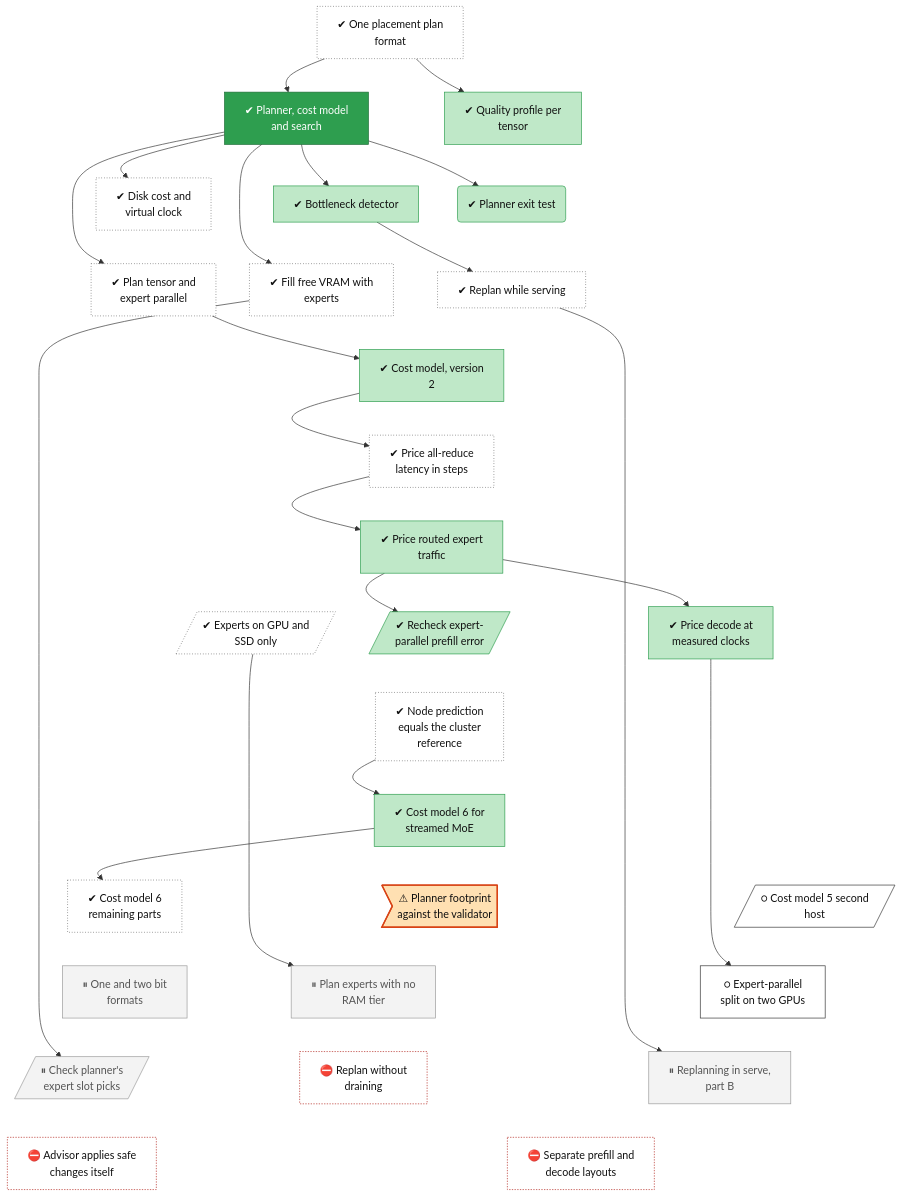
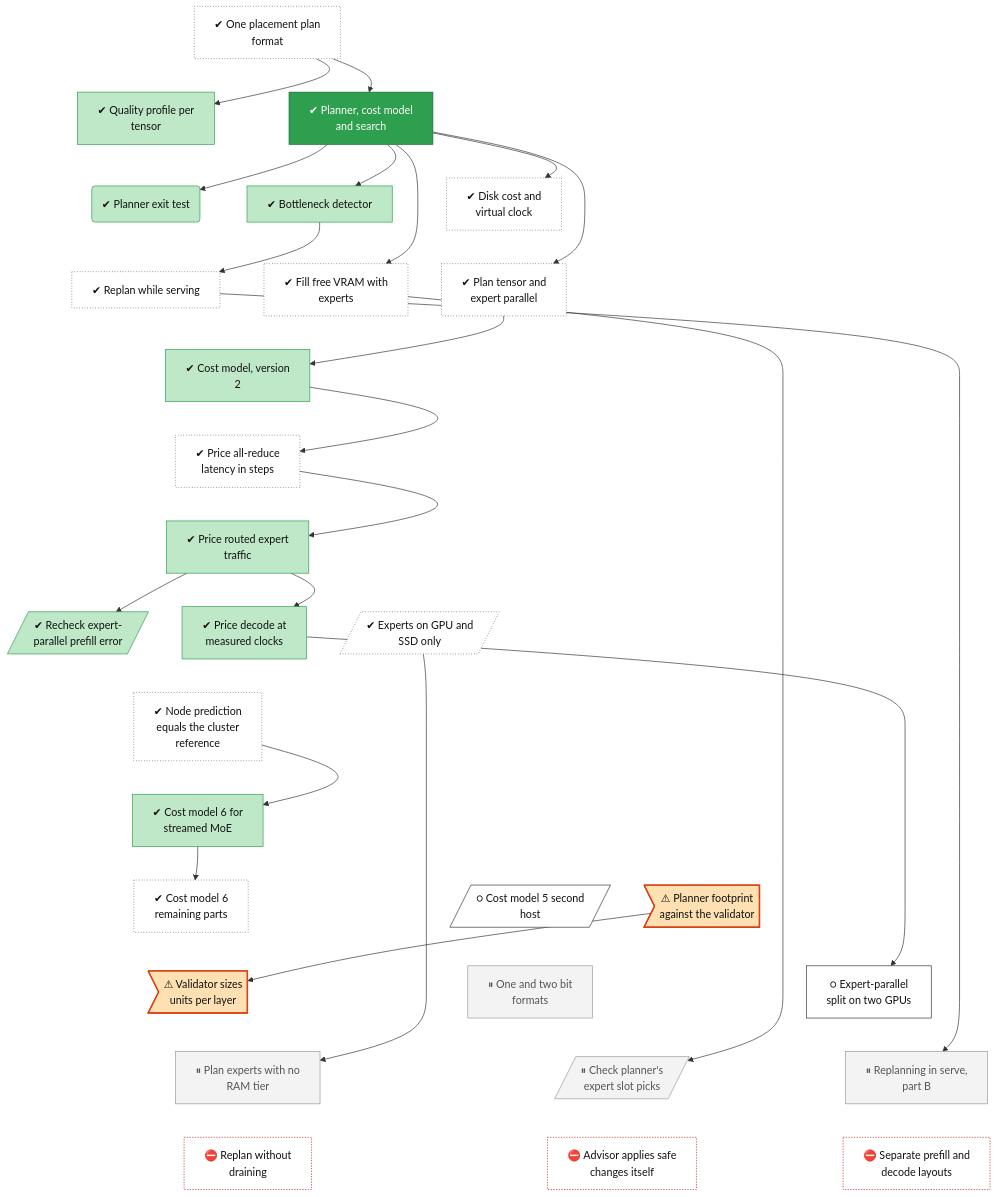
The diagram in docs/roadmap/tracks/planner.md (lhns/tetraeder), drawn with Mermaid before and after one commit. The commit also changed other lines of this file and 5 other files, not shown here.

````diff
--- a/docs/roadmap/tracks/planner.md
+++ b/docs/roadmap/tracks/planner.md
@@ -29,6 +29,7 @@
     planner_costmodel_v6_rest["✔ Cost model 6<br/>remaining parts"]
     planner_cost_model_v5_host2[/"○ Cost model 5 second<br/>host"/]
     planner_footprint_validator_gap>"⚠ Planner footprint<br/>against the validator"]
+    planner_validator_per_layer_sizes>"⚠ Validator sizes<br/>units per layer"]
     planner_low_bit_formats["⏸ One and two bit<br/>formats"]
     planner_ep_split["○ Expert-parallel<br/>split on two GPUs"]
     planner_ram_slots_zero["⏸ Plan experts with no<br/>RAM tier"]
@@ -60,15 +61,15 @@
     planner_costmodel_stream_terms ~~~ planner_costmodel_v6_rest
     planner_costmodel_stream_terms ~~~ planner_cost_model_v5_host2
     planner_costmodel_stream_terms ~~~ planner_footprint_validator_gap
-    planner_costmodel_v6_rest ~~~ planner_low_bit_formats
-    planner_cost_model_v5_host2 ~~~ planner_ep_split
-    planner_footprint_validator_gap ~~~ planner_ram_slots_zero
+    planner_costmodel_v6_rest ~~~ planner_validator_per_layer_sizes
+    planner_cost_model_v5_host2 ~~~ planner_low_bit_formats
+    planner_footprint_validator_gap ~~~ planner_ep_split
+    planner_validator_per_layer_sizes ~~~ planner_ram_slots_zero
     planner_low_bit_formats ~~~ planner_slot_campaign
     planner_ep_split ~~~ planner_replan_part_b
     planner_ram_slots_zero ~~~ planner_live_replan
     planner_slot_campaign ~~~ planner_advisor_auto
     planner_replan_part_b ~~~ planner_split_layouts
-    planner_live_replan ~~~ planner_split_layouts
     planner_plan_ir --> planner_quality
     planner_plan_ir --> planner_core
     planner_core --> planner_exit
@@ -84,6 +85,7 @@
     planner_cost_v4 --> planner_ep_prefill_recheck
     planner_node_predict_check --> planner_costmodel_stream_terms
     planner_costmodel_stream_terms --> planner_costmodel_v6_rest
+    planner_footprint_validator_gap --> planner_validator_per_layer_sizes
     planner_cost_model_v5 --> planner_ep_split
     planner_low_ram_modes --> planner_ram_slots_zero
     planner_fill_tier --> planner_slot_campaign
@@ -106,7 +108,7 @@
     class planner_quality,planner_exit,planner_detector,planner_cost_v2,planner_cost_v4,planner_cost_model_v5,planner_ep_prefill_recheck,planner_costmodel_stream_terms succ
     class planner_core vsucc
     class planner_cost_model_v5_host2,planner_ep_split next
-    class planner_footprint_validator_gap finding
+    class planner_footprint_validator_gap,planner_validator_per_layer_sizes finding
     class planner_low_bit_formats,planner_ram_slots_zero,planner_slot_campaign,planner_replan_part_b parked
     class planner_live_replan,planner_advisor_auto,planner_split_layouts blocked
 ```
````
